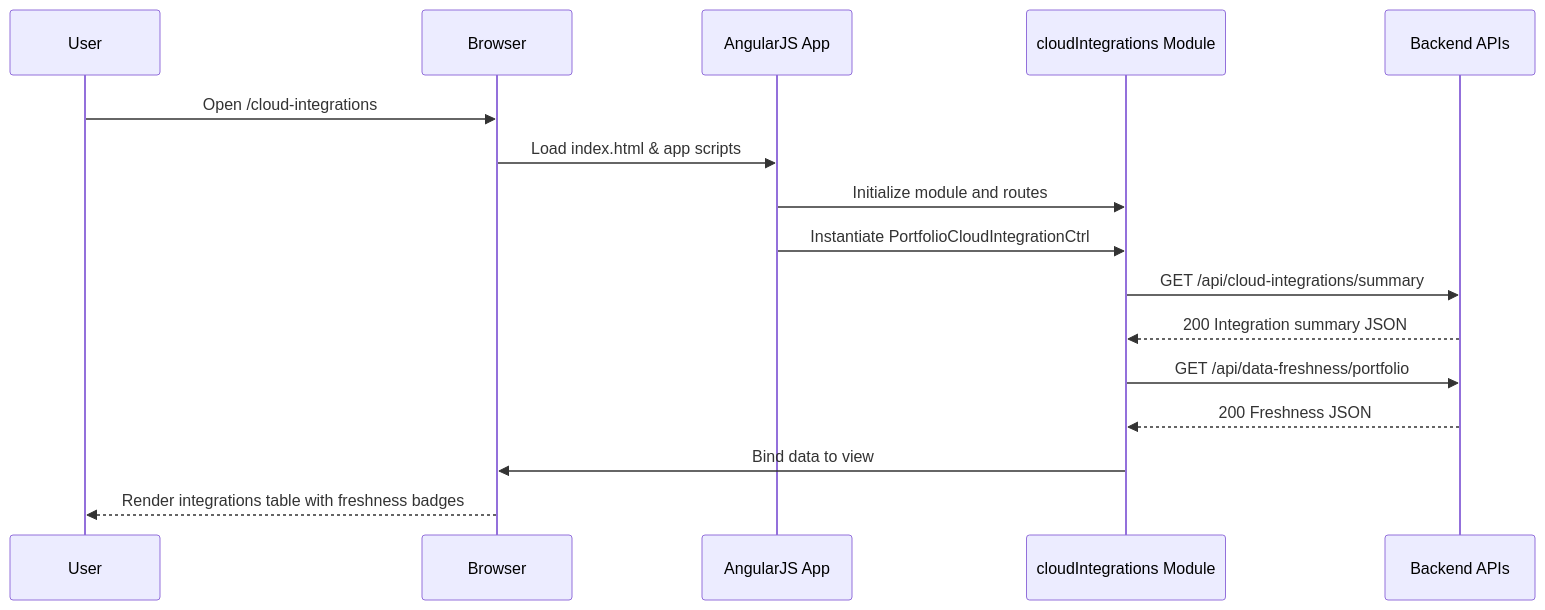
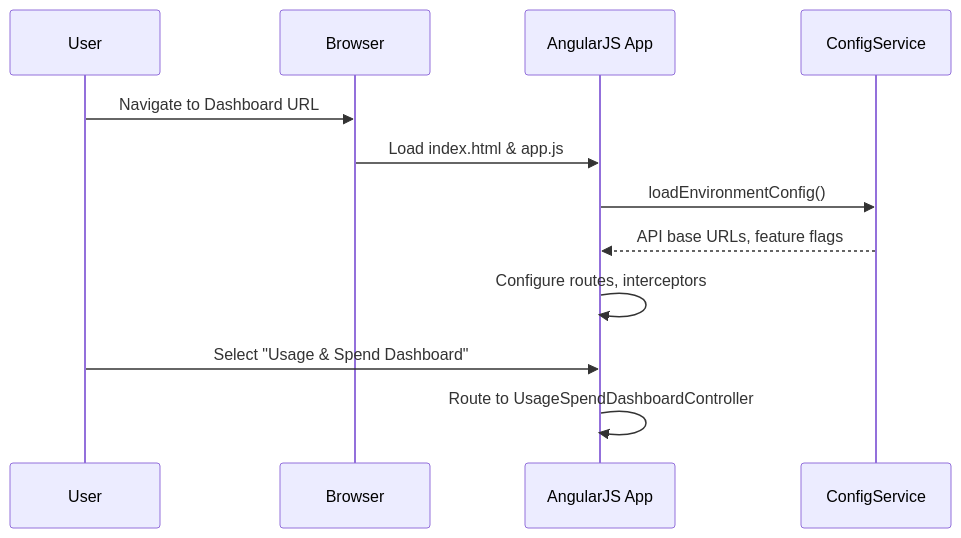
Before and after one commit to Davamani-git/APB_Demo: the first of 4 diagrams in LLD/QE-4785_LLD.md, drawn with Mermaid. The commit also changed other lines of this file, not shown here.

````diff
--- a/LLD/QE-4785_LLD.md
+++ b/LLD/QE-4785_LLD.md
@@ -1077,19 +726,15 @@
 ```mermaid
 sequenceDiagram
-  participant User
-  participant Browser
-  participant Angular as AngularJS App
-  participant CloudModule as cloudIntegrations Module
-  participant API as Backend APIs
+  participant U as User
+  participant B as Browser
+  participant NG as AngularJS App
+  participant CS as ConfigService
 
-  User->>Browser: Open /cloud-integrations
-  Browser->>Angular: Load index.html & app scripts
-  Angular->>CloudModule: Initialize module and routes
-  Angular->>CloudModule: Instantiate PortfolioCloudIntegrationCtrl
-  CloudModule->>API: GET /api/cloud-integrations/summary
-  API-->>CloudModule: 200 Integration summary JSON
-  CloudModule->>API: GET /api/data-freshness/portfolio
-  API-->>CloudModule: 200 Freshness JSON
-  CloudModule->>Browser: Bind data to view
-  Browser-->>User: Render integrations table with freshness badges
+  U->>B: Navigate to Dashboard URL
+  B->>NG: Load index.html & app.js
+  NG->>CS: loadEnvironmentConfig()
+  CS-->>NG: API base URLs, feature flags
+  NG->>NG: Configure routes, interceptors
+  U->>NG: Select "Usage & Spend Dashboard"
+  NG->>NG: Route to UsageSpendDashboardController
 ```
````
